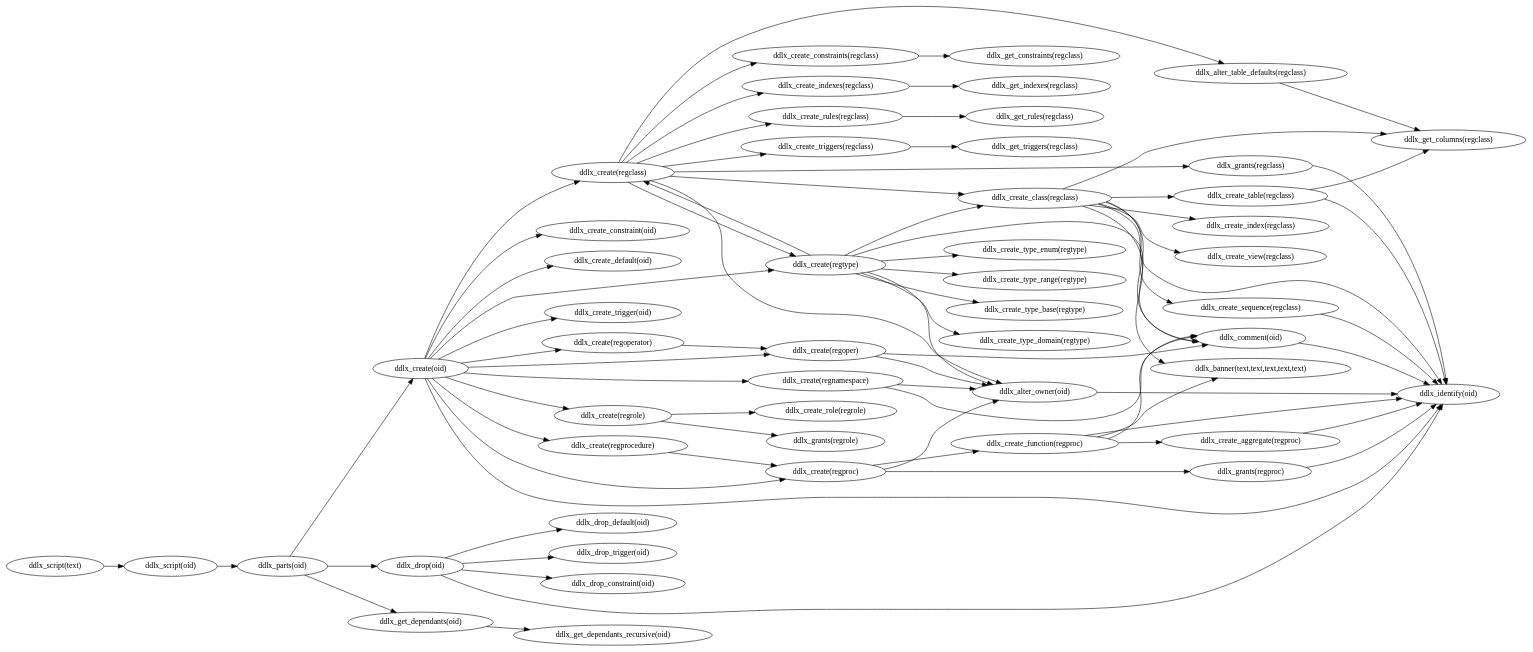
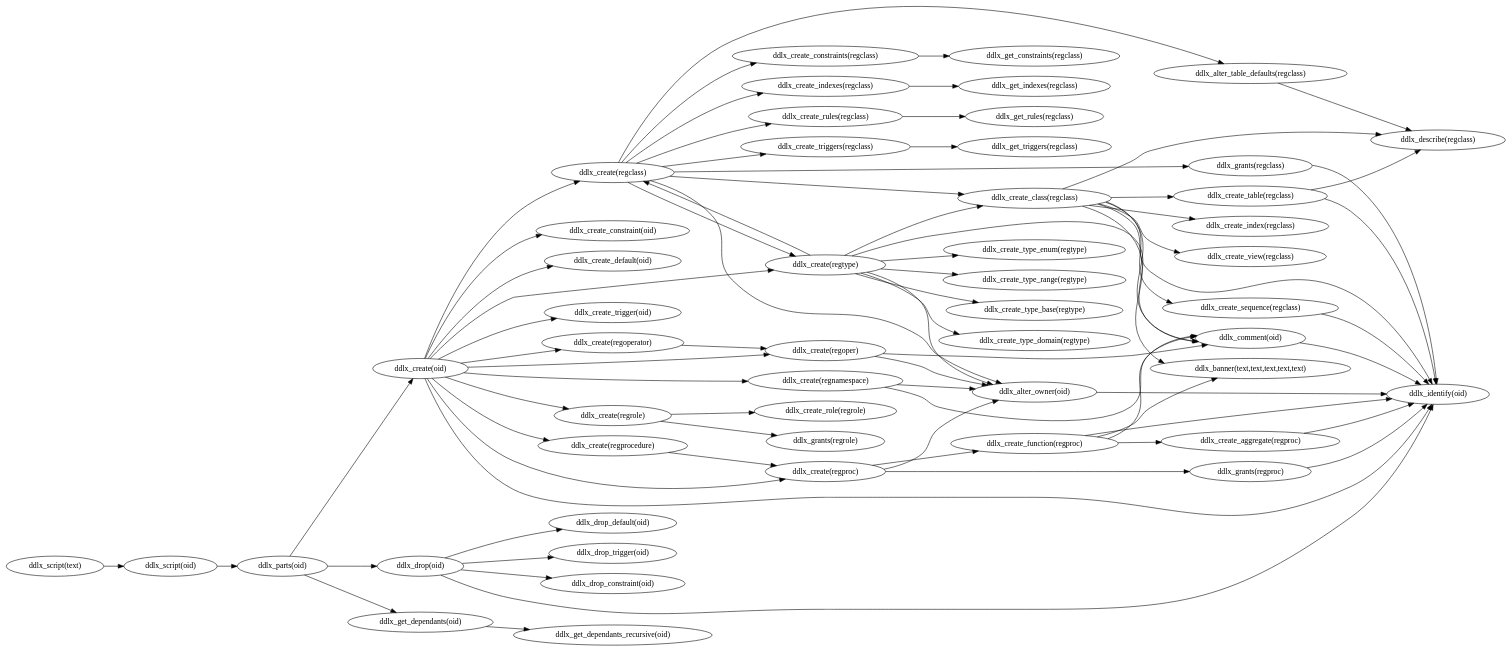
The diagram in docs/function_usage.gv (lacanoid/pgddl), drawn with Graphviz before and after one commit. The commit also changed 4 other files, not shown here.

```diff
--- a/docs/function_usage.gv
+++ b/docs/function_usage.gv
@@ -1,78 +1,78 @@
 digraph pg_ddl {
 rankdir = LR
 "ddlx_alter_owner(oid)" -> "ddlx_identify(oid)";
-"ddlx_alter_table_defaults(regclass)" -> "ddlx_get_columns(regclass)";
+"ddlx_alter_table_defaults(regclass)" -> "ddlx_describe(regclass)";
 "ddlx_comment(oid)" -> "ddlx_identify(oid)";
 "ddlx_create_aggregate(regproc)" -> "ddlx_identify(oid)";
 "ddlx_create_class(regclass)" -> "ddlx_banner(text,text,text,text,text)";
 "ddlx_create_class(regclass)" -> "ddlx_comment(oid)";
 "ddlx_create_class(regclass)" -> "ddlx_create_index(regclass)";
 "ddlx_create_class(regclass)" -> "ddlx_create_sequence(regclass)";
 "ddlx_create_class(regclass)" -> "ddlx_create_table(regclass)";
 "ddlx_create_class(regclass)" -> "ddlx_create_view(regclass)";
-"ddlx_create_class(regclass)" -> "ddlx_get_columns(regclass)";
+"ddlx_create_class(regclass)" -> "ddlx_describe(regclass)";
 "ddlx_create_class(regclass)" -> "ddlx_identify(oid)";
 "ddlx_create_constraints(regclass)" -> "ddlx_get_constraints(regclass)";
 "ddlx_create_function(regproc)" -> "ddlx_banner(text,text,text,text,text)";
 "ddlx_create_function(regproc)" -> "ddlx_comment(oid)";
 "ddlx_create_function(regproc)" -> "ddlx_create_aggregate(regproc)";
 "ddlx_create_function(regproc)" -> "ddlx_identify(oid)";
 "ddlx_create_indexes(regclass)" -> "ddlx_get_indexes(regclass)";
 "ddlx_create(oid)" -> "ddlx_create_constraint(oid)";
 "ddlx_create(oid)" -> "ddlx_create_default(oid)";
 "ddlx_create(oid)" -> "ddlx_create(regclass)";
 "ddlx_create(oid)" -> "ddlx_create(regnamespace)";
 "ddlx_create(oid)" -> "ddlx_create(regoper)";
 "ddlx_create(oid)" -> "ddlx_create(regoperator)";
 "ddlx_create(oid)" -> "ddlx_create(regproc)";
 "ddlx_create(oid)" -> "ddlx_create(regprocedure)";
 "ddlx_create(oid)" -> "ddlx_create(regrole)";
 "ddlx_create(oid)" -> "ddlx_create(regtype)";
 "ddlx_create(oid)" -> "ddlx_create_trigger(oid)";
 "ddlx_create(oid)" -> "ddlx_identify(oid)";
 "ddlx_create(regclass)" -> "ddlx_alter_owner(oid)";
 "ddlx_create(regclass)" -> "ddlx_alter_table_defaults(regclass)";
 "ddlx_create(regclass)" -> "ddlx_create_class(regclass)";
 "ddlx_create(regclass)" -> "ddlx_create_constraints(regclass)";
 "ddlx_create(regclass)" -> "ddlx_create_indexes(regclass)";
 "ddlx_create(regclass)" -> "ddlx_create(regtype)";
 "ddlx_create(regclass)" -> "ddlx_create_rules(regclass)";
 "ddlx_create(regclass)" -> "ddlx_create_triggers(regclass)";
 "ddlx_create(regclass)" -> "ddlx_grants(regclass)";
 "ddlx_create(regnamespace)" -> "ddlx_alter_owner(oid)";
 "ddlx_create(regnamespace)" -> "ddlx_comment(oid)";
 "ddlx_create(regoper)" -> "ddlx_alter_owner(oid)";
 "ddlx_create(regoper)" -> "ddlx_comment(oid)";
 "ddlx_create(regoperator)" -> "ddlx_create(regoper)";
 "ddlx_create(regproc)" -> "ddlx_alter_owner(oid)";
 "ddlx_create(regproc)" -> "ddlx_create_function(regproc)";
 "ddlx_create(regproc)" -> "ddlx_grants(regproc)";
 "ddlx_create(regprocedure)" -> "ddlx_create(regproc)";
 "ddlx_create(regrole)" -> "ddlx_create_role(regrole)";
 "ddlx_create(regrole)" -> "ddlx_grants(regrole)";
 "ddlx_create(regtype)" -> "ddlx_alter_owner(oid)";
 "ddlx_create(regtype)" -> "ddlx_comment(oid)";
 "ddlx_create(regtype)" -> "ddlx_create_class(regclass)";
 "ddlx_create(regtype)" -> "ddlx_create(regclass)";
 "ddlx_create(regtype)" -> "ddlx_create_type_base(regtype)";
 "ddlx_create(regtype)" -> "ddlx_create_type_domain(regtype)";
 "ddlx_create(regtype)" -> "ddlx_create_type_enum(regtype)";
 "ddlx_create(regtype)" -> "ddlx_create_type_range(regtype)";
 "ddlx_create_rules(regclass)" -> "ddlx_get_rules(regclass)";
 "ddlx_create_sequence(regclass)" -> "ddlx_identify(oid)";
-"ddlx_create_table(regclass)" -> "ddlx_get_columns(regclass)";
+"ddlx_create_table(regclass)" -> "ddlx_describe(regclass)";
 "ddlx_create_table(regclass)" -> "ddlx_identify(oid)";
 "ddlx_create_triggers(regclass)" -> "ddlx_get_triggers(regclass)";
 "ddlx_drop(oid)" -> "ddlx_drop_constraint(oid)";
 "ddlx_drop(oid)" -> "ddlx_drop_default(oid)";
 "ddlx_drop(oid)" -> "ddlx_drop_trigger(oid)";
 "ddlx_drop(oid)" -> "ddlx_identify(oid)";
 "ddlx_get_dependants(oid)" -> "ddlx_get_dependants_recursive(oid)";
 "ddlx_grants(regclass)" -> "ddlx_identify(oid)";
 "ddlx_grants(regproc)" -> "ddlx_identify(oid)";
 "ddlx_parts(oid)" -> "ddlx_create(oid)";
 "ddlx_parts(oid)" -> "ddlx_drop(oid)";
 "ddlx_parts(oid)" -> "ddlx_get_dependants(oid)";
 "ddlx_script(oid)" -> "ddlx_parts(oid)";
 "ddlx_script(text)" -> "ddlx_script(oid)";
 }
```
